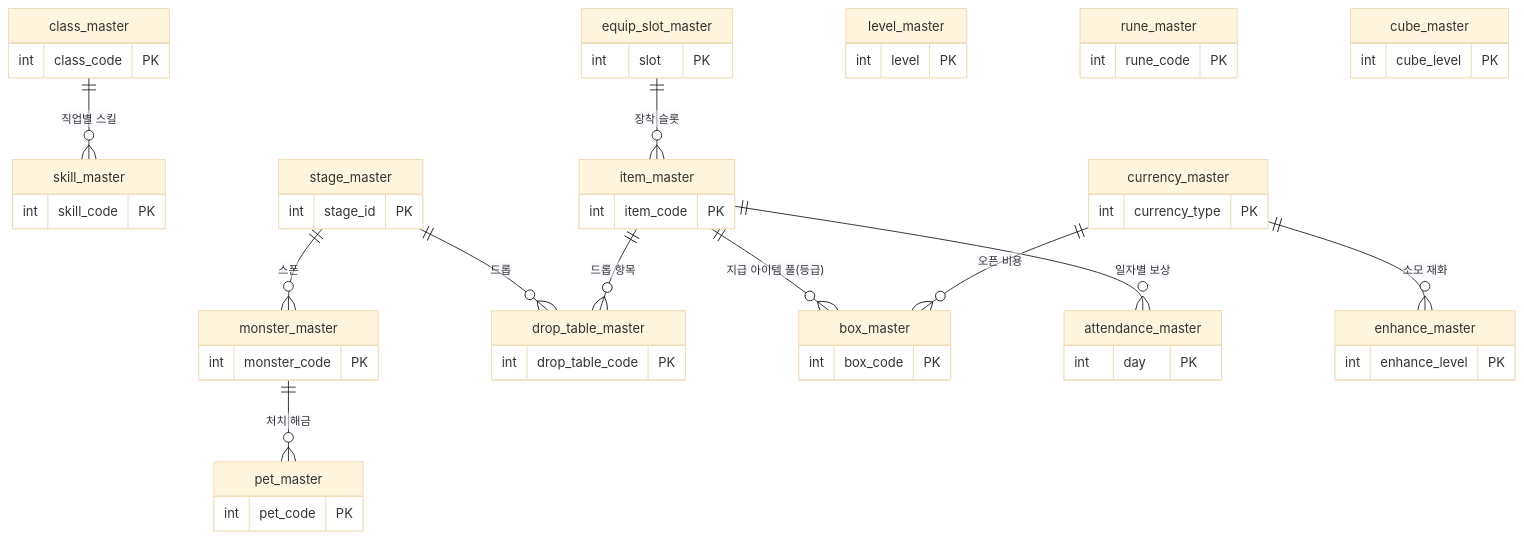
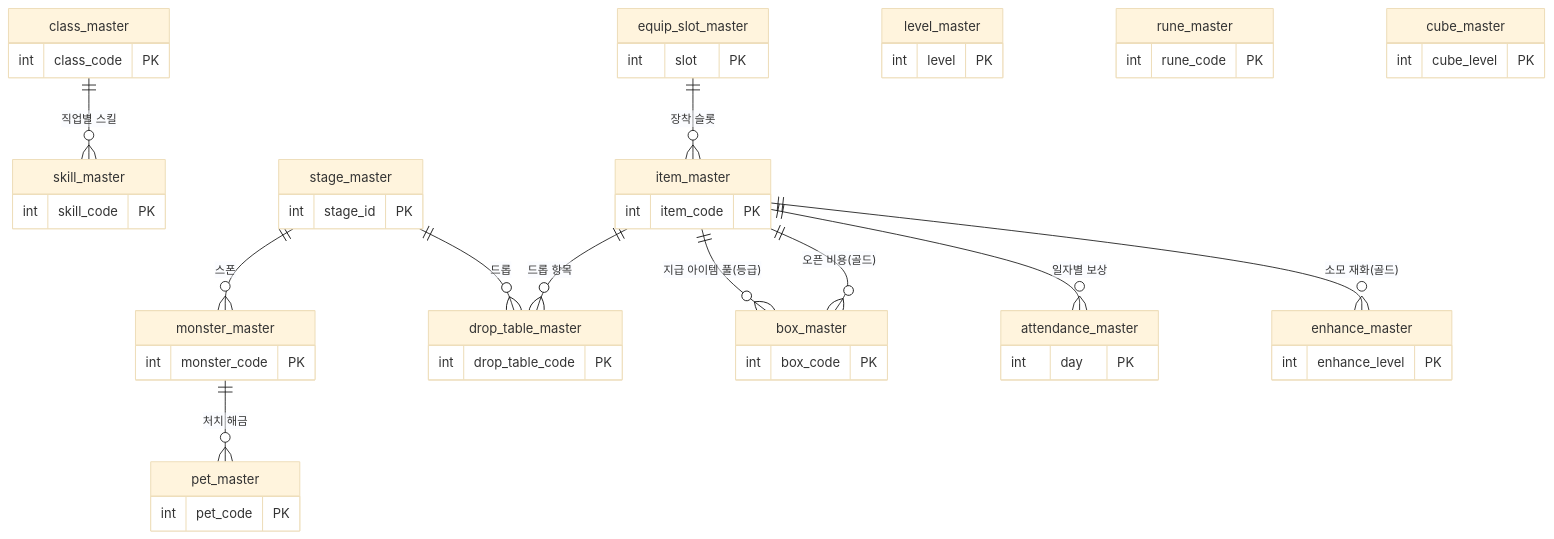
The diagram in docs/세부/master-data-기획서.md (ks-wook/com2us-taskbar-hero), drawn with Mermaid (base theme) before and after one commit. The commit also changed other lines of this file and 7 other files, not shown here.

````diff
--- a/docs/세부/master-data-기획서.md
+++ b/docs/세부/master-data-기획서.md
@@ -43,29 +43,28 @@
 ```mermaid
 erDiagram
     class_master     ||--o{ skill_master      : "직업별 스킬"
     stage_master     ||--o{ monster_master     : "스폰"
     stage_master     ||--o{ drop_table_master  : "드롭"
     monster_master   ||--o{ pet_master         : "처치 해금"
     item_master      ||--o{ drop_table_master  : "드롭 항목"
     item_master      ||--o{ box_master         : "지급 아이템 풀(등급)"
     item_master      ||--o{ attendance_master  : "일자별 보상"
     equip_slot_master||--o{ item_master        : "장착 슬롯"
-    currency_master  ||--o{ enhance_master     : "소모 재화"
-    currency_master  ||--o{ box_master         : "오픈 비용"
+    item_master      ||--o{ enhance_master     : "소모 재화(골드)"
+    item_master      ||--o{ box_master         : "오픈 비용(골드)"
 
     class_master { int class_code PK }
     level_master { int level PK }
     item_master { int item_code PK }
     equip_slot_master { int slot PK }
     enhance_master { int enhance_level PK }
-    currency_master { int currency_type PK }
     skill_master { int skill_code PK }
     rune_master { int rune_code PK }
     pet_master { int pet_code PK }
     monster_master { int monster_code PK }
     stage_master { int stage_id PK }
     drop_table_master { int drop_table_code PK }
     cube_master { int cube_level PK }
     box_master { int box_code PK }
     attendance_master { int day PK }
 ```
````
